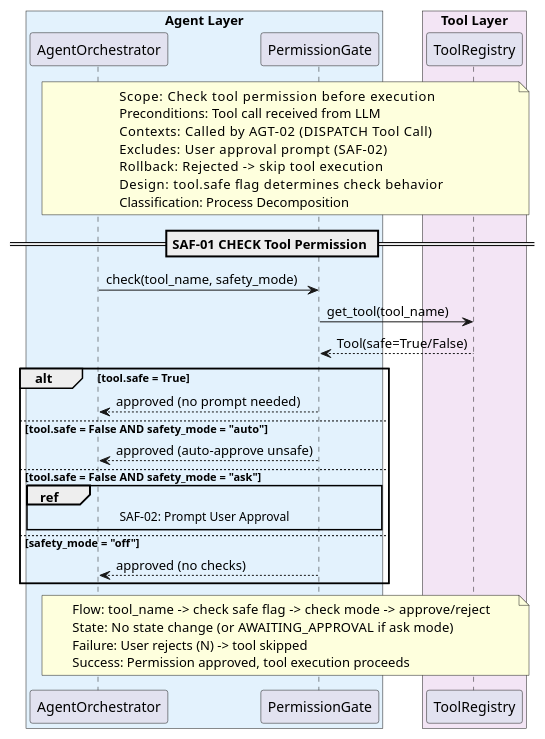
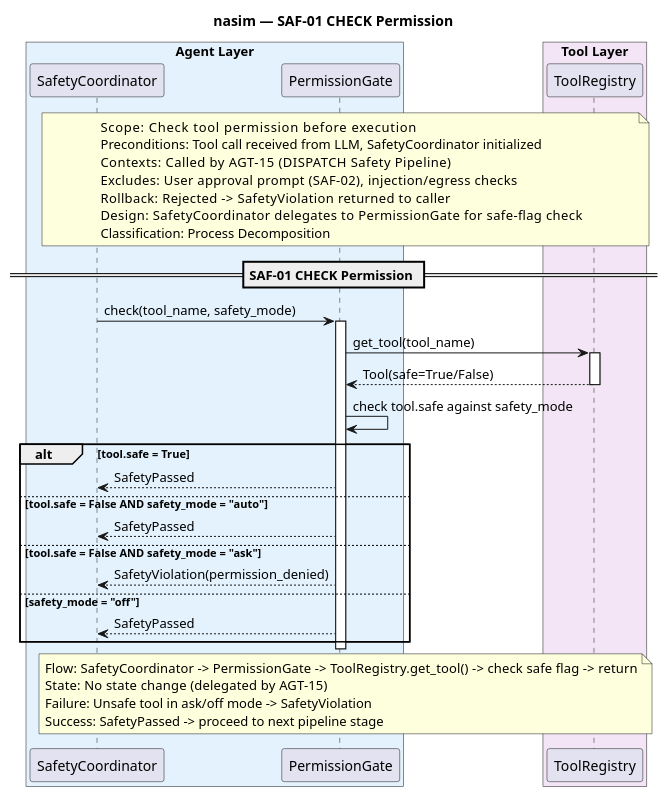
One commit to salimnamvar/nasim changed the diagram in docs/SQ/SAF/sq_saf01_check_permission.puml. Above: the diagram before and after it, drawn with PlantUML. The commit also changed 21 other files, not shown here.

First line of the commit message:
docs(audit): Complete CAR loop for nasim design chain, ensuring zero leakage and full synchronization across C4, UC, SM, and SQ layers

```diff
--- a/docs/SQ/SAF/sq_saf01_check_permission.puml
+++ b/docs/SQ/SAF/sq_saf01_check_permission.puml
@@ -1,55 +1,64 @@
 @startuml sq_saf01_check_permission
 ' ============================================================
-' Title:     SAF-01 — Check Permission
-' Boundary:  nasim code agent CLI
-' Purpose:   Per-tool safety check before execution
+' Title:     SAF-01 — CHECK Permission
+' Boundary:  nasim code agent
+' Purpose:   Per-tool safety check before execution (internal step of AGT-15)
 ' Milestone: v1.0
-' Version:   2.0.0
+' Version:   3.0.0
 ' Source:    docs/UC/README.md
-' Review:    —
+' Review:    Prompt audit 2026-06-21 (gro.md: God Object residual fixed)
+' Note:      Process decomposition — internal step of AGT-15. No actor per sq.md rules.
 ' ============================================================
 
+title nasim — SAF-01 CHECK Permission
+
 box "Agent Layer" #E3F2FD
-  participant "AgentOrchestrator" as agent
+  participant "SafetyCoordinator" as safety
   participant "PermissionGate" as gate
 end box
 box "Tool Layer" #F3E5F5
   participant "ToolRegistry" as registry
 end box
 
-note over agent, registry
+note over safety, registry
   Scope:          Check tool permission before execution
-  Preconditions:  Tool call received from LLM
-  Contexts:       Called by AGT-02 (DISPATCH Tool Call)
-  Excludes:       User approval prompt (SAF-02)
-  Rollback:       Rejected -> skip tool execution
-  Design:         tool.safe flag determines check behavior
+  Preconditions:  Tool call received from LLM, SafetyCoordinator initialized
+  Contexts:       Called by AGT-15 (DISPATCH Safety Pipeline)
+  Excludes:       User approval prompt (SAF-02), injection/egress checks
+  Rollback:       Rejected -> SafetyViolation returned to caller
+  Design:         SafetyCoordinator delegates to PermissionGate for safe-flag check
   Classification: Process Decomposition
 end note
 
-== SAF-01 CHECK Tool Permission ==
+== SAF-01 CHECK Permission ==
 
-agent -> gate : check(tool_name, safety_mode)
+safety -> gate : check(tool_name, safety_mode)
+activate gate
+
 gate -> registry : get_tool(tool_name)
+activate registry
 registry --> gate : Tool(safe=True/False)
+deactivate registry
+
+gate -> gate : check tool.safe against safety_mode
 
 alt tool.safe = True
-    gate --> agent : approved (no prompt needed)
+    gate --> safety : SafetyPassed
 else tool.safe = False AND safety_mode = "auto"
-    gate --> agent : approved (auto-approve unsafe)
+    gate --> safety : SafetyPassed
 else tool.safe = False AND safety_mode = "ask"
-    ref over gate, agent
-      SAF-02: Prompt User Approval
-    end ref
+    gate --> safety : SafetyViolation(permission_denied)
 else safety_mode = "off"
-    gate --> agent : approved (no checks)
+    gate --> safety : SafetyPassed
 end
 
-note over agent, registry
-  Flow:    tool_name -> check safe flag -> check mode -> approve/reject
-  State:   No state change (or AWAITING_APPROVAL if ask mode)
-  Failure: User rejects (N) -> tool skipped
-  Success: Permission approved, tool execution proceeds
+deactivate gate
+
+note over safety, registry
+  Flow:    SafetyCoordinator -> PermissionGate -> ToolRegistry.get_tool() -> check safe flag -> return
+  State:   No state change (delegated by AGT-15)
+  Failure: Unsafe tool in ask/off mode -> SafetyViolation
+  Success: SafetyPassed -> proceed to next pipeline stage
 end note
 
 @enduml
```
